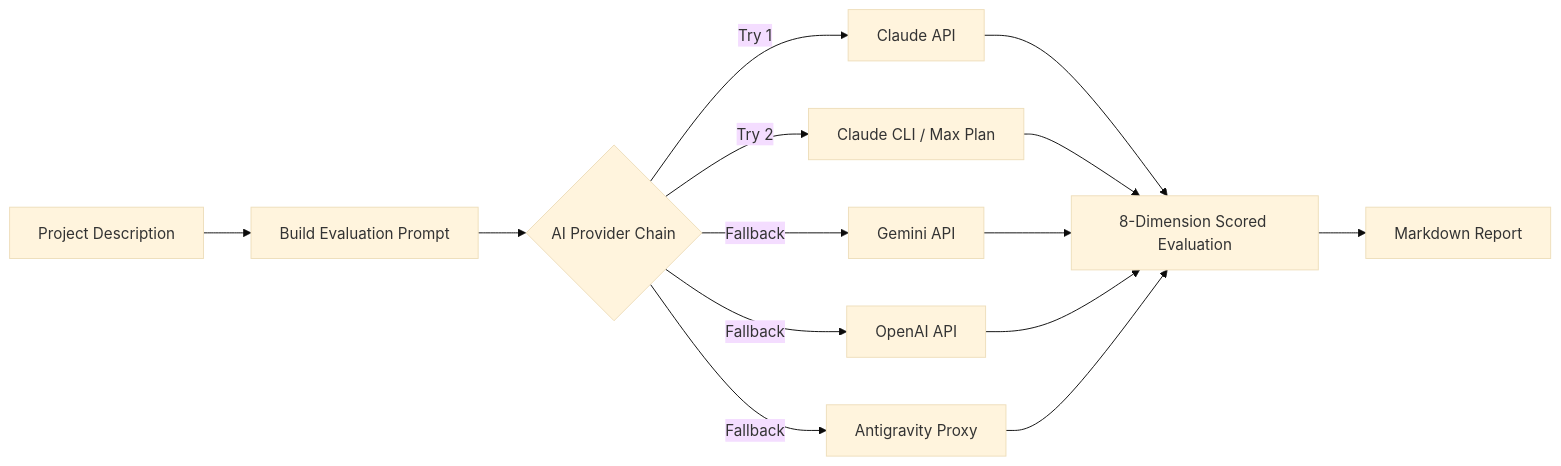
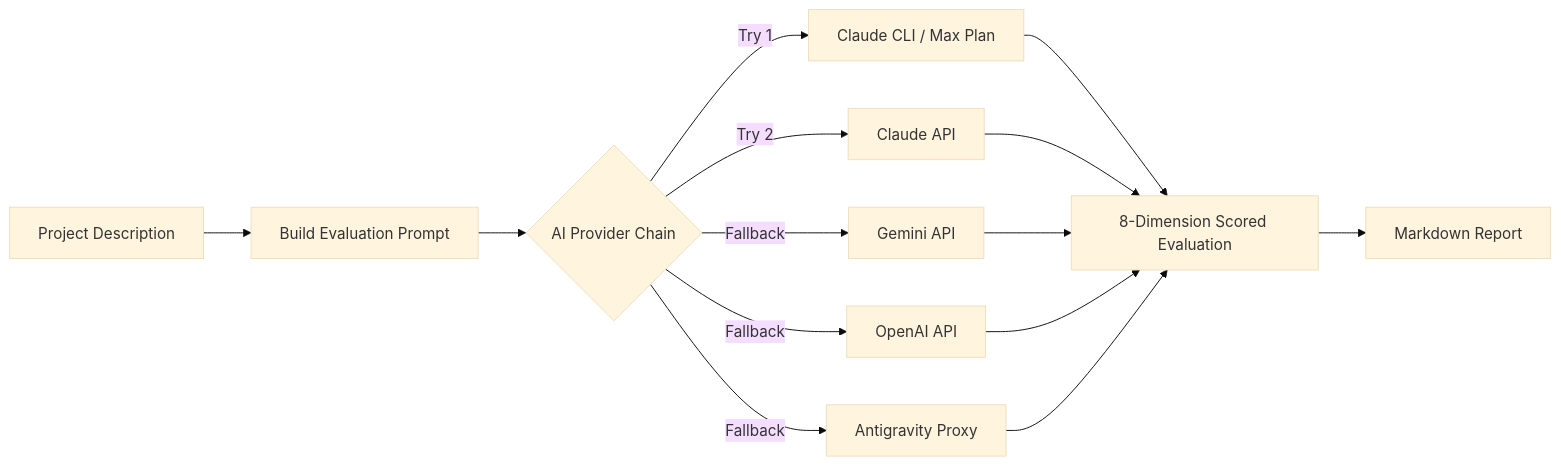
The third of 4 diagrams in README.md (yeheskieltame/Tessera), drawn with Mermaid (base theme) before and after one commit. The commit also changed other lines of this file and 7 other files, not shown here.

First line of the commit message:
Add unit tests, sample output, and promote Claude CLI as primary provider

````diff
--- a/README.md
+++ b/README.md
@@ -74,16 +74,16 @@
 ```mermaid
 flowchart LR
     A[Project Description] --> B[Build Evaluation Prompt]
     B --> C{AI Provider Chain}
-    C -->|Try 1| D[Claude API]
-    C -->|Try 2| D2[Claude CLI / Max Plan]
+    C -->|Try 1| D[Claude CLI / Max Plan]
+    C -->|Try 2| D2[Claude API]
     C -->|Fallback| E[Gemini API]
     C -->|Fallback| F[OpenAI API]
     C -->|Fallback| G[Antigravity Proxy]
     D --> H[8-Dimension Scored Evaluation]
     D2 --> H
     E --> H
     F --> H
     G --> H
     H --> I[Markdown Report]
 ```
````
